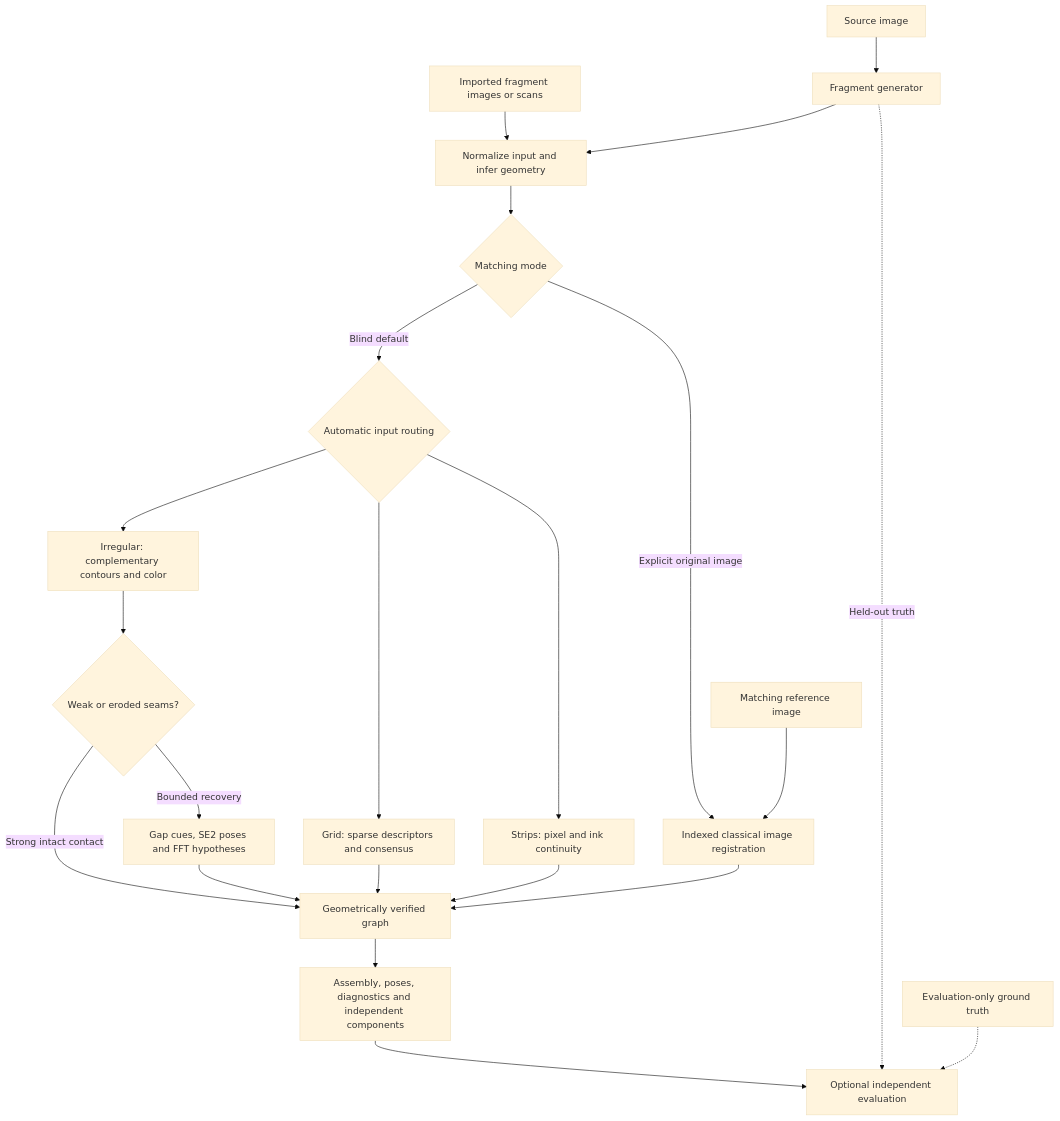
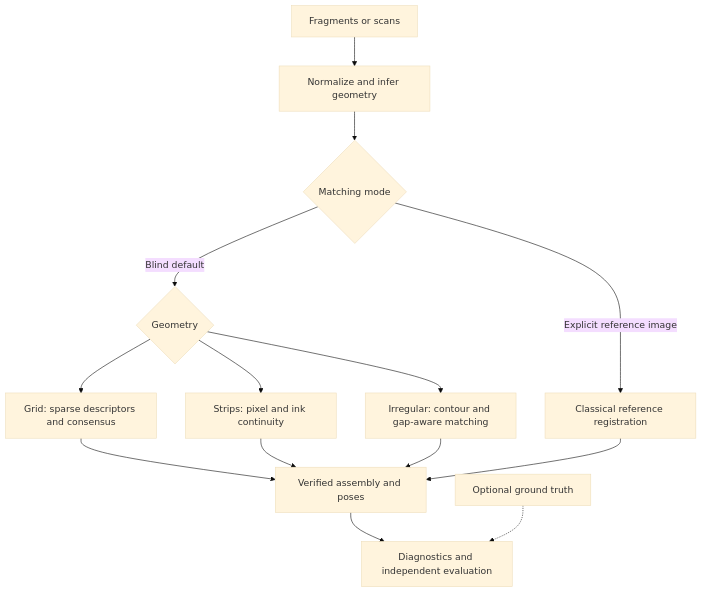
Before and after one commit to Daydreamer2812/fragmentlab-official: the diagram in README.md, drawn with Mermaid (base theme). The commit also changed other lines of this file and 8 other files, not shown here.

````diff
--- a/README.md
+++ b/README.md
@@ -119,24 +189,16 @@
 ```mermaid
 flowchart TD
-    A[Source image] --> B[Fragment generator]
-    C[Imported fragment images or scans] --> D[Normalize input and infer geometry]
-    B --> D
-    D --> R{Matching mode}
-    R -->|Blind default| S{Automatic input routing}
-    S --> G[Grid: sparse descriptors and consensus]
-    S --> T[Strips: pixel and ink continuity]
-    S --> I[Irregular: complementary contours and color]
-    I --> H{Weak or eroded seams?}
-    H -->|Strong intact contact| J[Geometrically verified graph]
-    H -->|Bounded recovery| K[Gap cues, SE2 poses and FFT hypotheses]
-    K --> J
-    G --> J
-    T --> J
-    R -->|Explicit original image| F[Indexed classical image registration]
-    F --> J
-    J --> O[Assembly, poses, diagnostics and independent components]
-    O --> E[Optional independent evaluation]
-    B -. Held-out truth .-> E
-    X[Evaluation-only ground truth] -.-> E
-    Y[Matching reference image] --> F
+    A[Fragments or scans] --> B[Normalize and infer geometry]
+    B --> C{Matching mode}
+    C -->|Blind default| D{Geometry}
+    D --> E[Grid: sparse descriptors and consensus]
+    D --> F[Strips: pixel and ink continuity]
+    D --> G[Irregular: contour and gap-aware matching]
+    C -->|Explicit reference image| H[Classical reference registration]
+    E --> I[Verified assembly and poses]
+    F --> I
+    G --> I
+    H --> I
+    I --> J[Diagnostics and independent evaluation]
+    K[Optional ground truth] -.-> J
 ```
````
